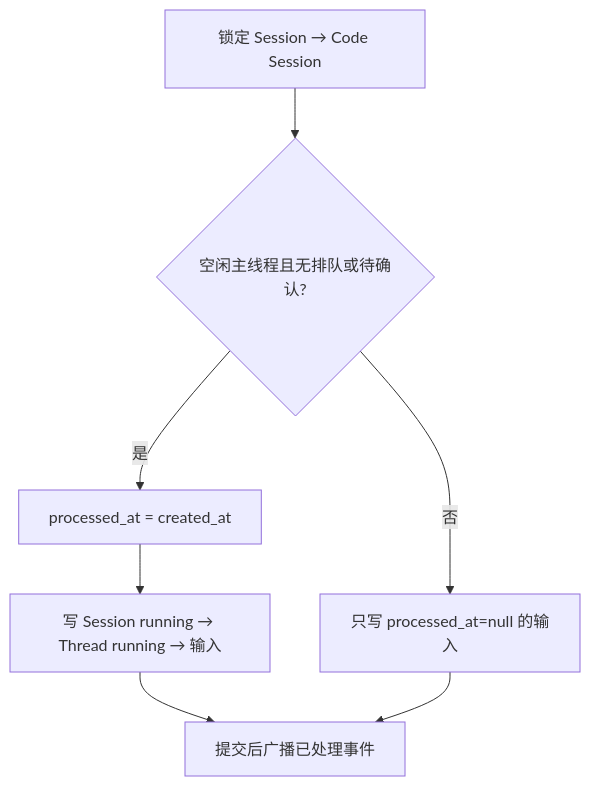
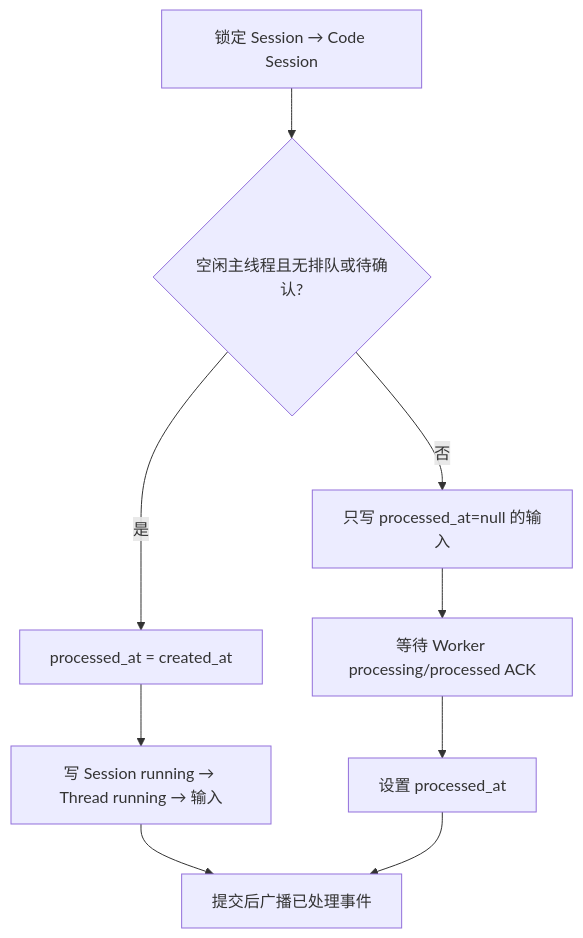
The second of 2 diagrams in docs/design/be/ccrv2/ccr-v2-worker-sse-fanout.md (superduck-ai/open-managed-agents), drawn with Mermaid before and after one commit. The commit also changed other lines of this file and 25 other files, not shown here.

````diff
--- a/docs/design/be/ccrv2/ccr-v2-worker-sse-fanout.md
+++ b/docs/design/be/ccrv2/ccr-v2-worker-sse-fanout.md
@@ -119,9 +119,11 @@
 ```mermaid
 flowchart TD
     A[锁定 Session → Code Session] --> B{空闲主线程且无排队或待确认?}
     B -->|是| C[processed_at = created_at]
     C --> D[写 Session running → Thread running → 输入]
     B -->|否| E[只写 processed_at=null 的输入]
     D --> F[提交后广播已处理事件]
-    E --> F
+    E --> G[等待 Worker processing/processed ACK]
+    G --> H[设置 processed_at]
+    H --> F
 ```
````
